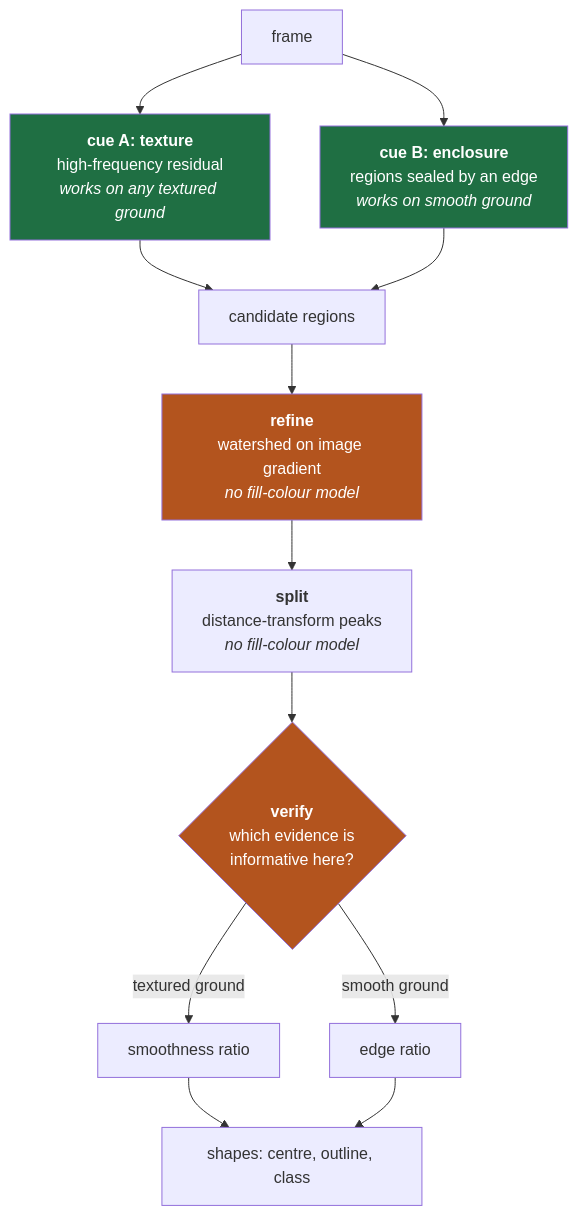
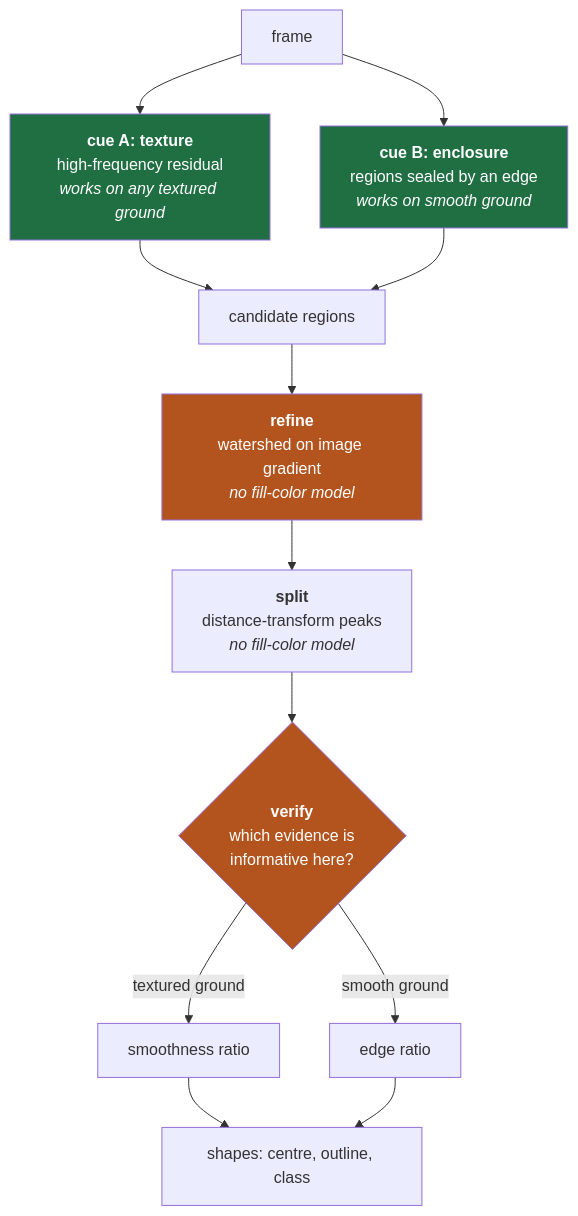
One commit to nknishio/PennAir-Software-Challenge changed the diagram in BACKGROUND_AGNOSTIC.md. Above: the diagram before and after it, drawn with Mermaid. The commit also changed other lines of this file and 11 other files, not shown here.

````diff
--- a/BACKGROUND_AGNOSTIC.md
+++ b/BACKGROUND_AGNOSTIC.md
@@ -50,19 +50,19 @@
 ```mermaid
 flowchart TD
     A[frame] --> B["<b>cue A: texture</b><br/>high-frequency residual<br/><i>works on any textured ground</i>"]
     A --> C["<b>cue B: enclosure</b><br/>regions sealed by an edge<br/><i>works on smooth ground</i>"]
     B --> D[candidate regions]
     C --> D
-    D --> E["<b>refine</b><br/>watershed on image gradient<br/><i>no fill-colour model</i>"]
-    E --> F["<b>split</b><br/>distance-transform peaks<br/><i>no fill-colour model</i>"]
+    D --> E["<b>refine</b><br/>watershed on image gradient<br/><i>no fill-color model</i>"]
+    E --> F["<b>split</b><br/>distance-transform peaks<br/><i>no fill-color model</i>"]
     F --> G{"<b>verify</b><br/>which evidence is<br/>informative here?"}
     G -->|textured ground| H["smoothness ratio"]
     G -->|smooth ground| I["edge ratio"]
     H --> J[shapes: centre, outline, class]
     I --> J
 
     style B fill:#1f6f43,color:#fff
     style C fill:#1f6f43,color:#fff
     style E fill:#b3541e,color:#fff
     style G fill:#b3541e,color:#fff
 ```
````
